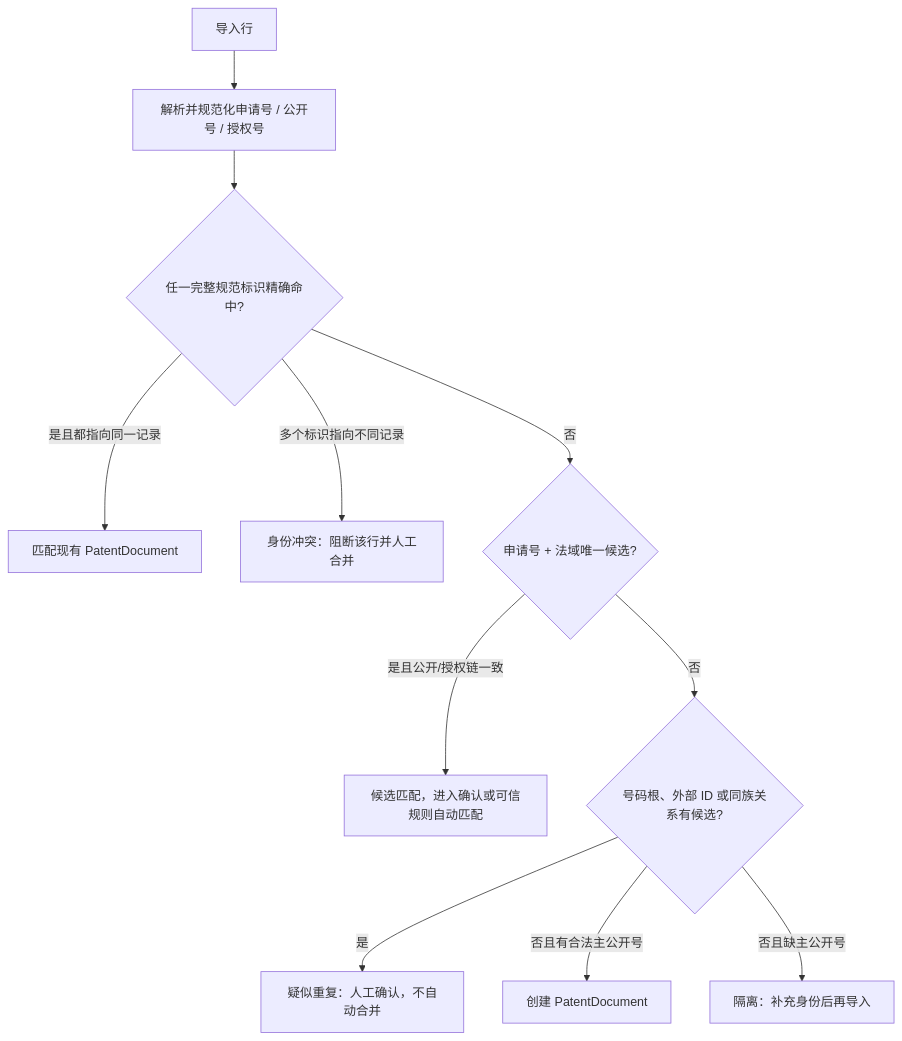
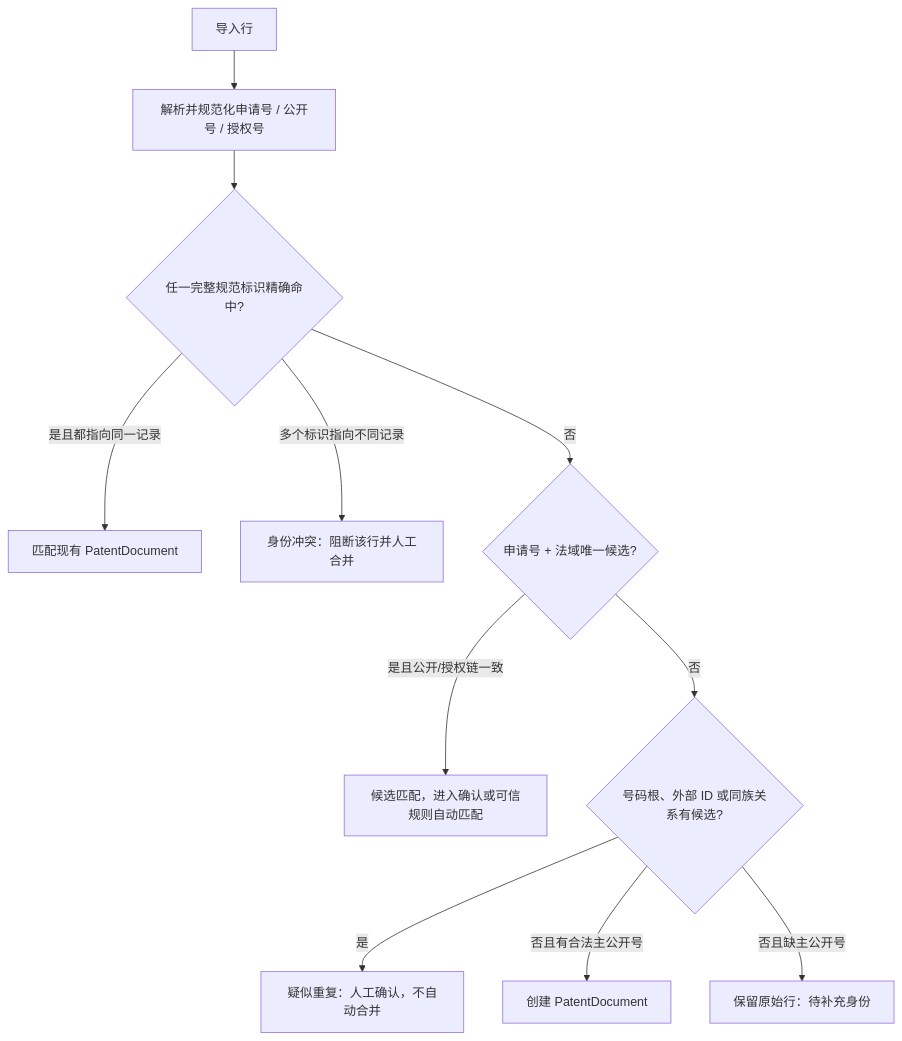
The diagram in docs/PatWiki_refactor_guidance_pack/24-patent-information-hub-functional-spec.md (Casafred/patwiki), drawn with Mermaid before and after one commit. The commit also changed other lines of this file and 14 other files, not shown here.

````diff
--- a/docs/PatWiki_refactor_guidance_pack/24-patent-information-hub-functional-spec.md
+++ b/docs/PatWiki_refactor_guidance_pack/24-patent-information-hub-functional-spec.md
@@ -102,13 +102,13 @@
 ```mermaid
 flowchart TD
     ROW["导入行"] --> PARSE["解析并规范化申请号 / 公开号 / 授权号"]
     PARSE --> EXACT{"任一完整规范标识精确命中?"}
     EXACT -->|是且都指向同一记录| MATCH["匹配现有 PatentDocument"]
     EXACT -->|多个标识指向不同记录| ID_CONFLICT["身份冲突：阻断该行并人工合并"]
     EXACT -->|否| APP{"申请号 + 法域唯一候选?"}
     APP -->|是且公开/授权链一致| CANDIDATE["候选匹配，进入确认或可信规则自动匹配"]
     APP -->|否| ROOT{"号码根、外部 ID 或同族关系有候选?"}
     ROOT -->|是| REVIEW["疑似重复：人工确认，不自动合并"]
     ROOT -->|否且有合法主公开号| CREATE["创建 PatentDocument"]
-    ROOT -->|否且缺主公开号| QUARANTINE["隔离：补充身份后再导入"]
+    ROOT -->|否且缺主公开号| UNRESOLVED["保留原始行：待补充身份"]
 ```
````
